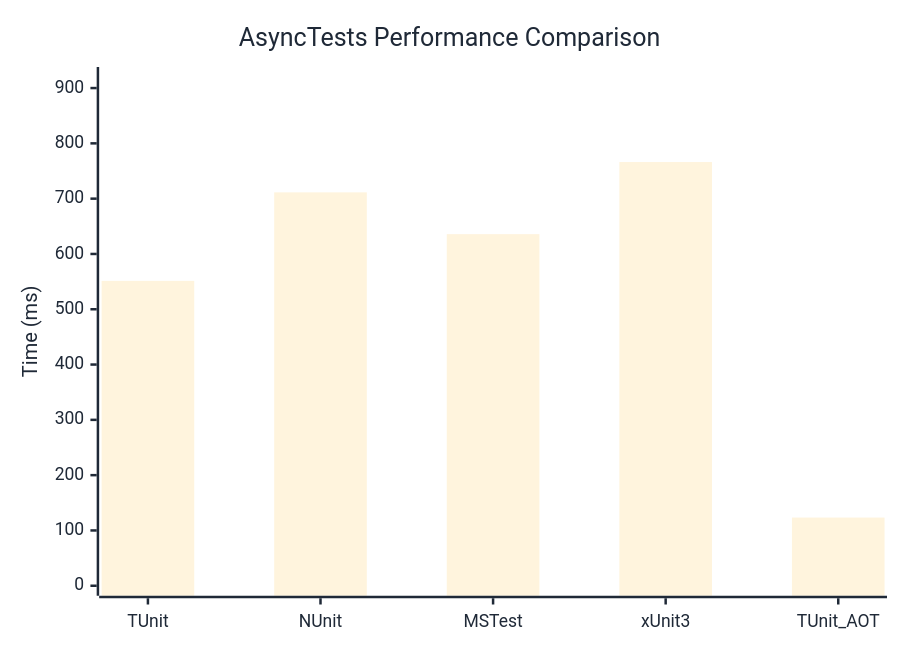
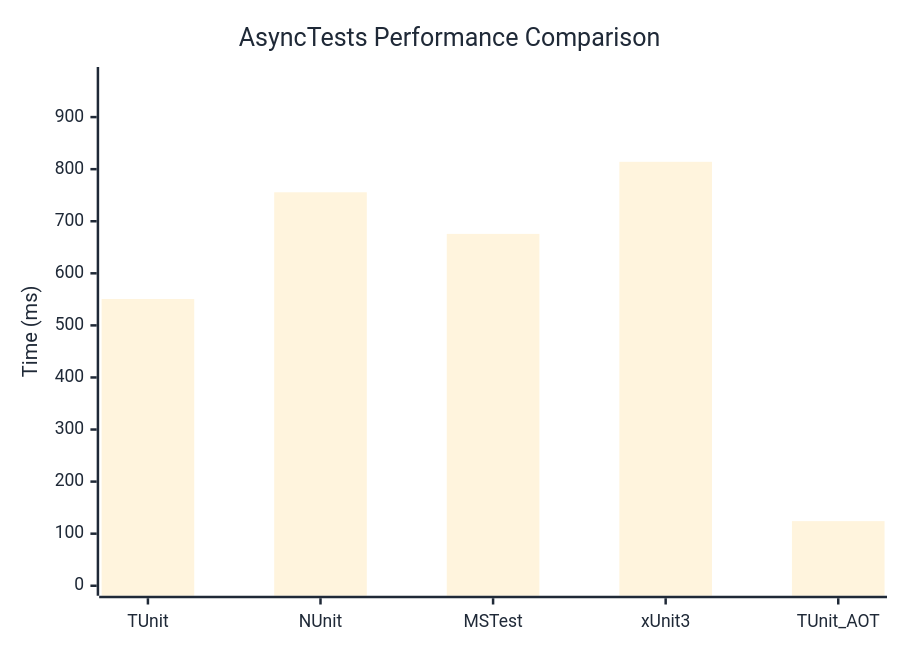
One commit to thomhurst/TUnit changed the diagram in docs/docs/benchmarks/AsyncTests.md. Above: the diagram before and after it, drawn with Mermaid. The commit also changed other lines of this file and 17 other files, not shown here.

````diff
--- a/docs/docs/benchmarks/AsyncTests.md
+++ b/docs/docs/benchmarks/AsyncTests.md
@@ -27,37 +27,37 @@
 ```mermaid
 %%{init: {
   'theme':'base',
   'themeVariables': {
     'primaryColor': '#2563eb',
     'primaryTextColor': '#1f2937',
     'primaryBorderColor': '#1e40af',
     'lineColor': '#6b7280',
     'secondaryColor': '#7c3aed',
     'tertiaryColor': '#dc2626',
     'background': '#ffffff',
     'mainBkg': '#2563eb',
     'secondBkg': '#7c3aed',
     'tertiaryBkg': '#dc2626',
     'clusterBkg': '#f3f4f6',
     'edgeLabelBackground': '#ffffff',
     'tertiaryTextColor': '#1f2937',
     'pie1': '#2563eb',
     'pie2': '#7c3aed',
     'pie3': '#dc2626',
     'pie4': '#f59e0b',
     'pie5': '#10b981',
     'pie6': '#06b6d4',
     'pie7': '#ec4899',
     'pie8': '#6366f1',
     'pie9': '#84cc16',
     'pie10': '#f97316',
     'pie11': '#14b8a6',
     'pie12': '#a855f7'
   }
 }}%%
 xychart-beta
   title "AsyncTests Performance Comparison"
   x-axis ["TUnit", "NUnit", "MSTest", "xUnit3", "TUnit_AOT"]
-  y-axis "Time (ms)" 0 --> 920
-  bar [551.3, 711.4, 635.8, 766.2, 123.3]
+  y-axis "Time (ms)" 0 --> 977
+  bar [550.7, 755.6, 675.7, 814.1, 124.1]
 ```
````
